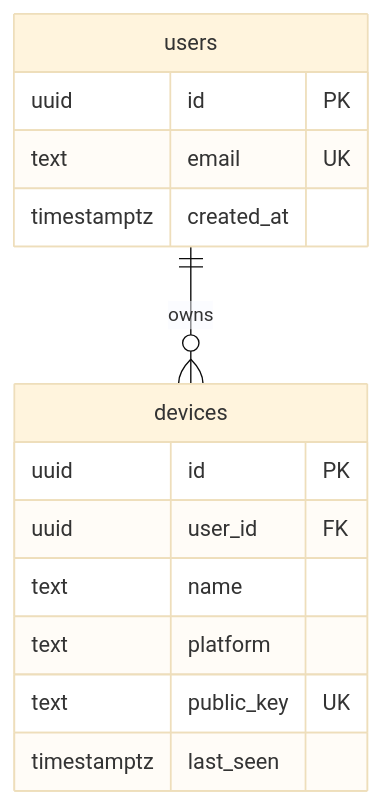
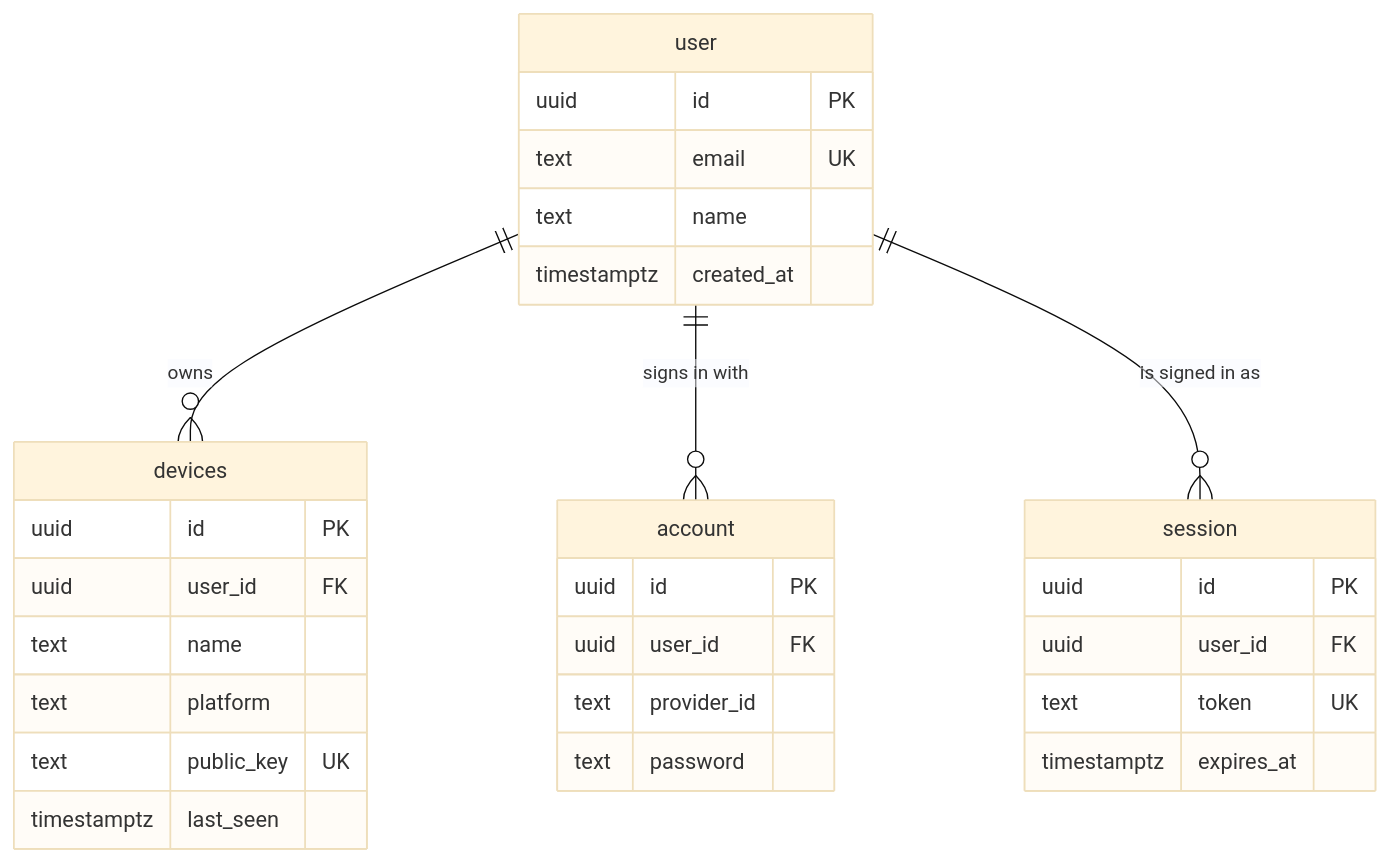
The diagram in docs/schema.md (mrstrange1708/FuseOS), drawn with Mermaid (base theme) before and after one commit. The commit also changed other lines of this file and 29 other files, not shown here.

````diff
--- a/docs/schema.md
+++ b/docs/schema.md
@@ -13,18 +13,33 @@
 ```mermaid
 erDiagram
-    users ||--o{ devices : owns
+    user ||--o{ devices : owns
+    user ||--o{ account : "signs in with"
+    user ||--o{ session : "is signed in as"
 
-    users {
+    user {
         uuid id PK
         text email UK
+        text name
         timestamptz created_at
+    }
+    account {
+        uuid id PK
+        uuid user_id FK
+        text provider_id
+        text password
+    }
+    session {
+        uuid id PK
+        uuid user_id FK
+        text token UK
+        timestamptz expires_at
     }
     devices {
         uuid id PK
         uuid user_id FK
         text name
         text platform
         text public_key UK
         timestamptz last_seen
     }
 ```
````
